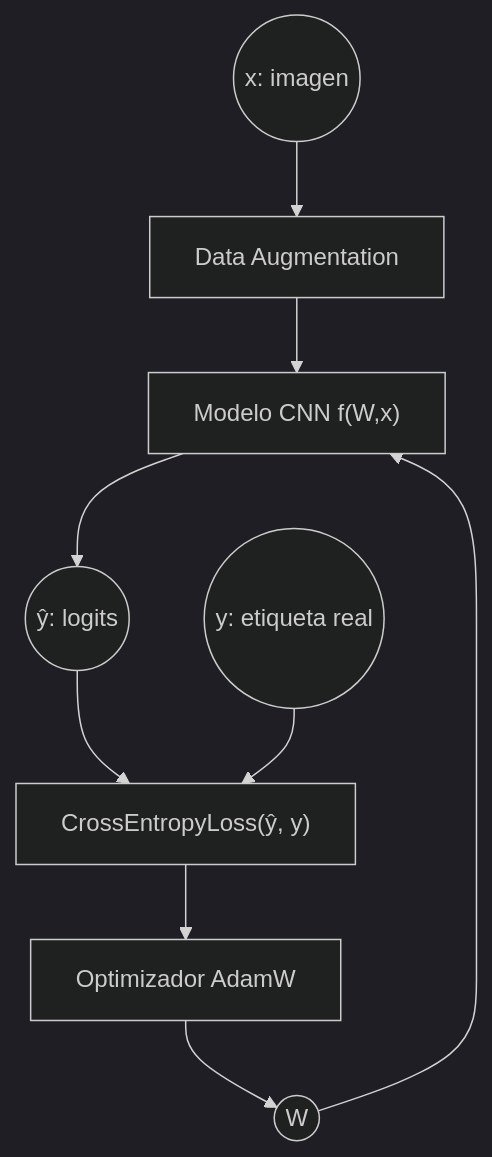
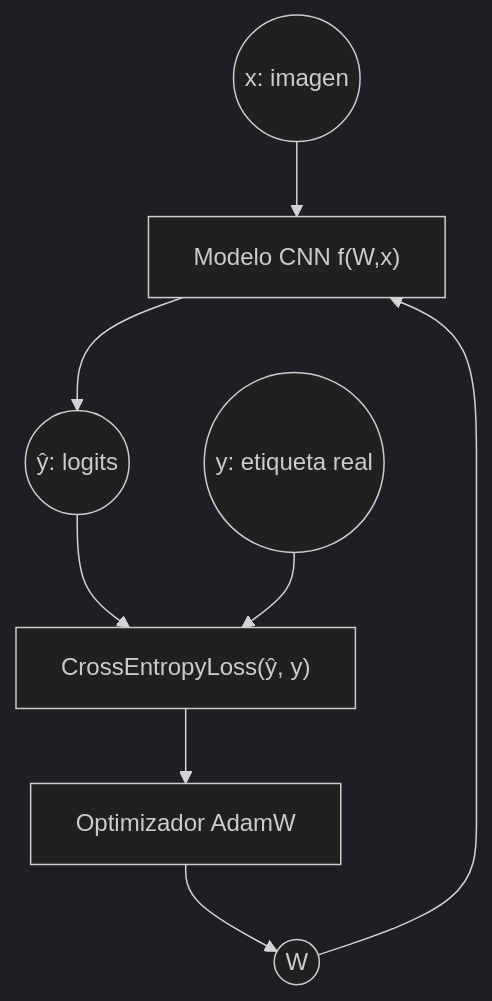
Before and after one commit to master-incar-ia/practicas-ia-2526-fernando-joseba: the diagram in src/exercise_04/readme_exercise.md, drawn with Mermaid (dark theme). The commit also changed other lines of this file, not shown here.

````diff
--- a/src/exercise_04/readme_exercise.md
+++ b/src/exercise_04/readme_exercise.md
@@ -80,20 +80,18 @@
 ```mermaid
 graph TD
     A((x: imagen))
     B((y: etiqueta real))
-    C["Data Augmentation"]
-    M["Modelo CNN f(W,x)"]
+    C["Modelo CNN f(W,x)"]
     D((ŷ: logits))
     L["CrossEntropyLoss(ŷ, y)"]
     O["Optimizador AdamW"]
     W((W))
 
     A --> C
-    C --> M
-    W --> M
-    M --> D
+    W --> C
+    C --> D
     D --> L
     B --> L
     L --> O
     O --> W
 ``` 
````
